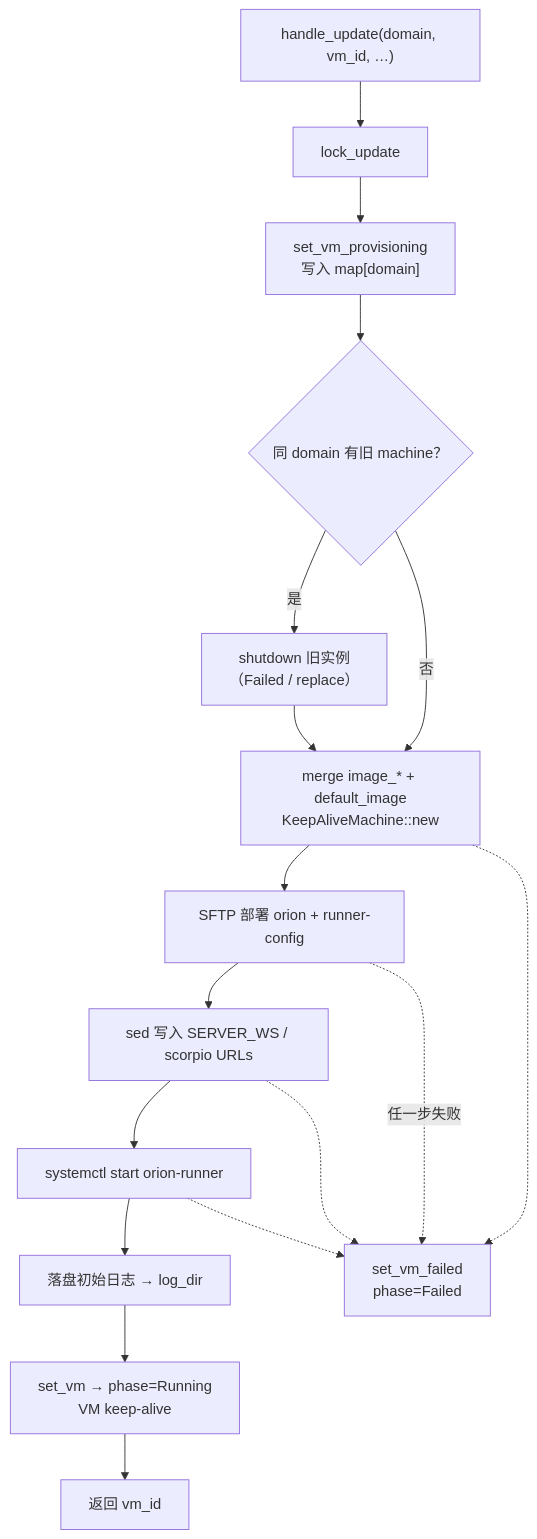
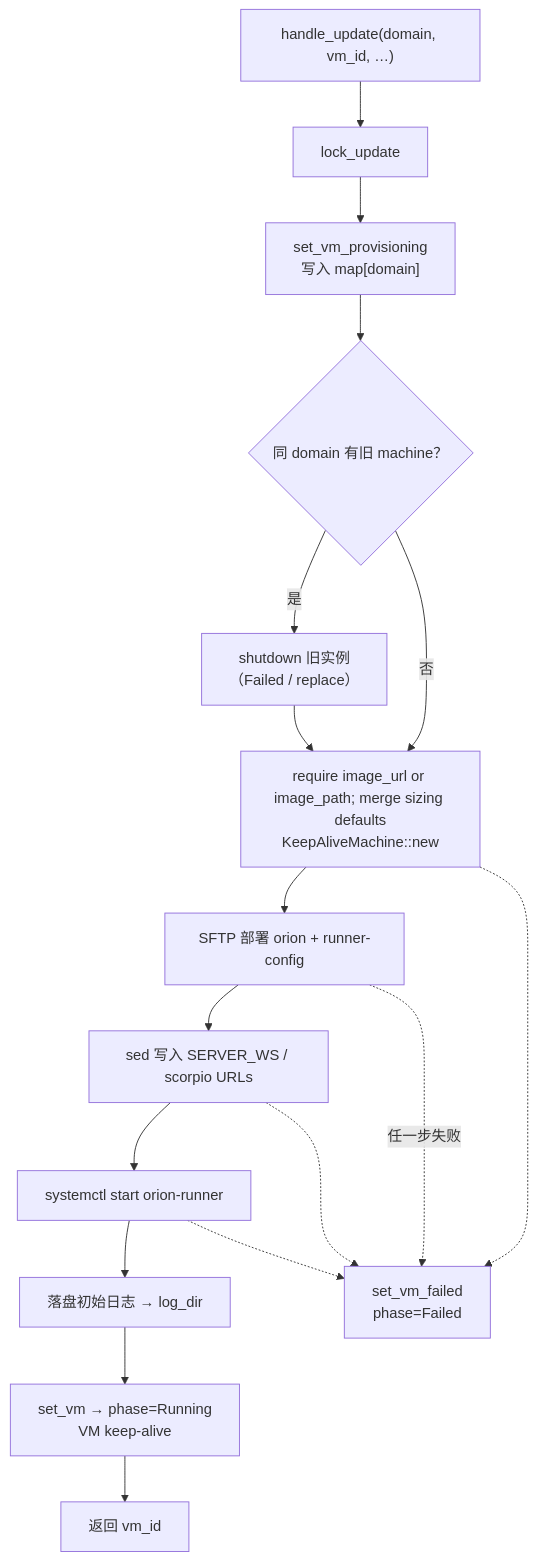
Before and after one commit to gitmono-dev/mega: the third of 3 diagrams in orion-scheduler/DESIGN.md, drawn with Mermaid. The commit also changed other lines of this file and 65 other files, not shown here.

````diff
--- a/orion-scheduler/DESIGN.md
+++ b/orion-scheduler/DESIGN.md
@@ -301,20 +301,20 @@
 ```mermaid
 flowchart TD
     H["handle_update(domain, vm_id, …)"] --> L["lock_update"]
     L --> REG["set_vm_provisioning<br/>写入 map[domain]"]
     REG --> OLD{"同 domain 有旧 machine？"}
     OLD -->|是| SD["shutdown 旧实例<br/>（Failed / replace）"]
     OLD -->|否| IMG
-    SD --> IMG["merge image_* + default_image<br/>KeepAliveMachine::new"]
+    SD --> IMG["require image_url or image_path; merge sizing defaults<br/>KeepAliveMachine::new"]
     IMG --> DEP["SFTP 部署 orion + runner-config"]
     DEP --> ENV["sed 写入 SERVER_WS / scorpio URLs"]
     ENV --> START["systemctl start orion-runner"]
     START --> LOG["落盘初始日志 → log_dir"]
     LOG --> RUN["set_vm → phase=Running<br/>VM keep-alive"]
     RUN --> END["返回 vm_id"]
 
     DEP -.->|任一步失败| FAIL["set_vm_failed<br/>phase=Failed"]
     ENV -.-> FAIL
     START -.-> FAIL
     IMG -.-> FAIL
 ```
````
